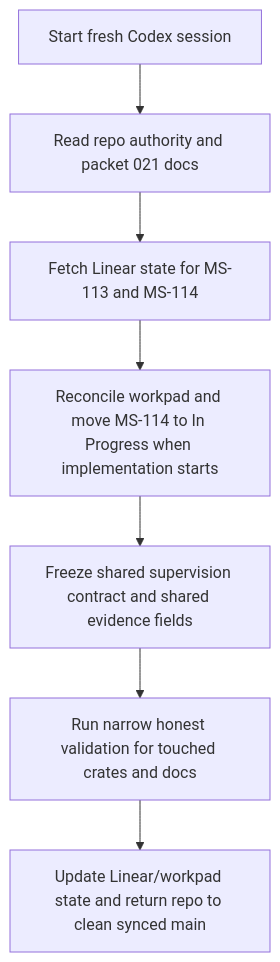
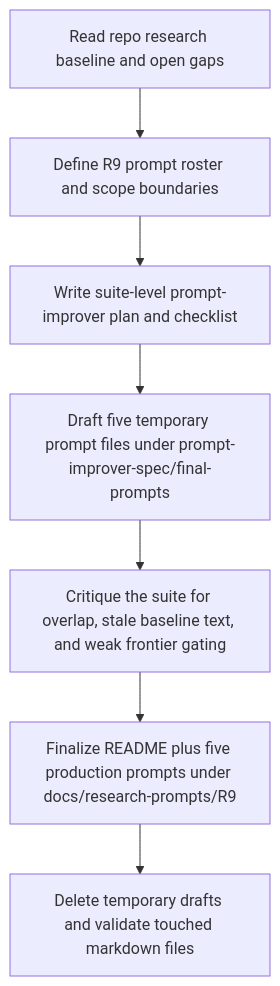
The diagram in docs/prompt-improver-spec/implementation_plan.md (MattMagg/MisterSmith), drawn with Mermaid before and after one commit. The commit also changed other lines of this file and 9 other files, not shown here.

````diff
--- a/docs/prompt-improver-spec/implementation_plan.md
+++ b/docs/prompt-improver-spec/implementation_plan.md
@@ -78,9 +109,9 @@
 ```mermaid
 graph TD
-    A["Start fresh Codex session"] --> B["Read repo authority and packet 021 docs"]
-    B --> C["Fetch Linear state for MS-113 and MS-114"]
-    C --> D["Reconcile workpad and move MS-114 to In Progress when implementation starts"]
-    D --> E["Freeze shared supervision contract and shared evidence fields"]
-    E --> F["Run narrow honest validation for touched crates and docs"]
-    F --> G["Update Linear/workpad state and return repo to clean synced main"]
+    A["Read repo research baseline and open gaps"] --> B["Define R9 prompt roster and scope boundaries"]
+    B --> C["Write suite-level prompt-improver plan and checklist"]
+    C --> D["Draft five temporary prompt files under prompt-improver-spec/final-prompts"]
+    D --> E["Critique the suite for overlap, stale baseline text, and weak frontier gating"]
+    E --> F["Finalize README plus five production prompts under docs/research-prompts/R9"]
+    F --> G["Delete temporary drafts and validate touched markdown files"]
 ```
````
